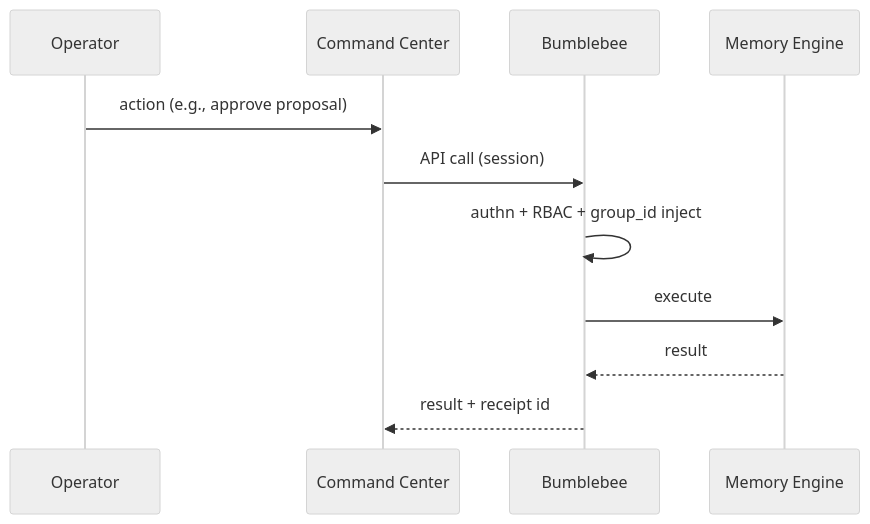
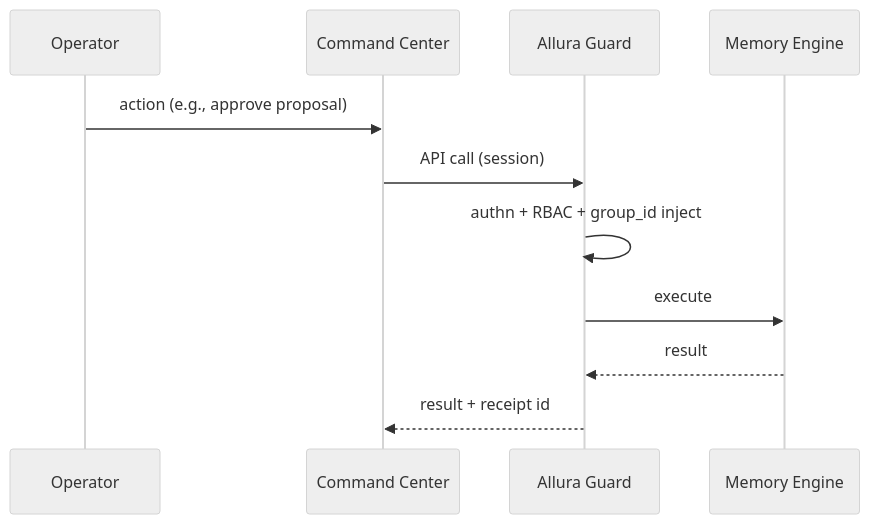
The second of 5 diagrams in docs/allura-hosted/SOLUTION-ARCHITECTURE.md (Allura-Ecosystem/Allura_Memory), drawn with Mermaid (neutral theme) before and after one commit. The commit also changed other lines of this file and 23 other files, not shown here.

First line of the commit message:
docs(hosted): rename Bumblebee->Allura Guard; reserve Bumblebee for scanner

````diff
--- a/docs/allura-hosted/SOLUTION-ARCHITECTURE.md
+++ b/docs/allura-hosted/SOLUTION-ARCHITECTURE.md
@@ -70,13 +70,13 @@
 ```mermaid
 sequenceDiagram
   participant H as Operator
   participant CC as Command Center
-  participant BB as Bumblebee
+  participant BB as Allura Guard
   participant ME as Memory Engine
   H->>CC: action (e.g., approve proposal)
   CC->>BB: API call (session)
   BB->>BB: authn + RBAC + group_id inject
   BB->>ME: execute
   ME-->>BB: result
   BB-->>CC: result + receipt id
 ```
````
